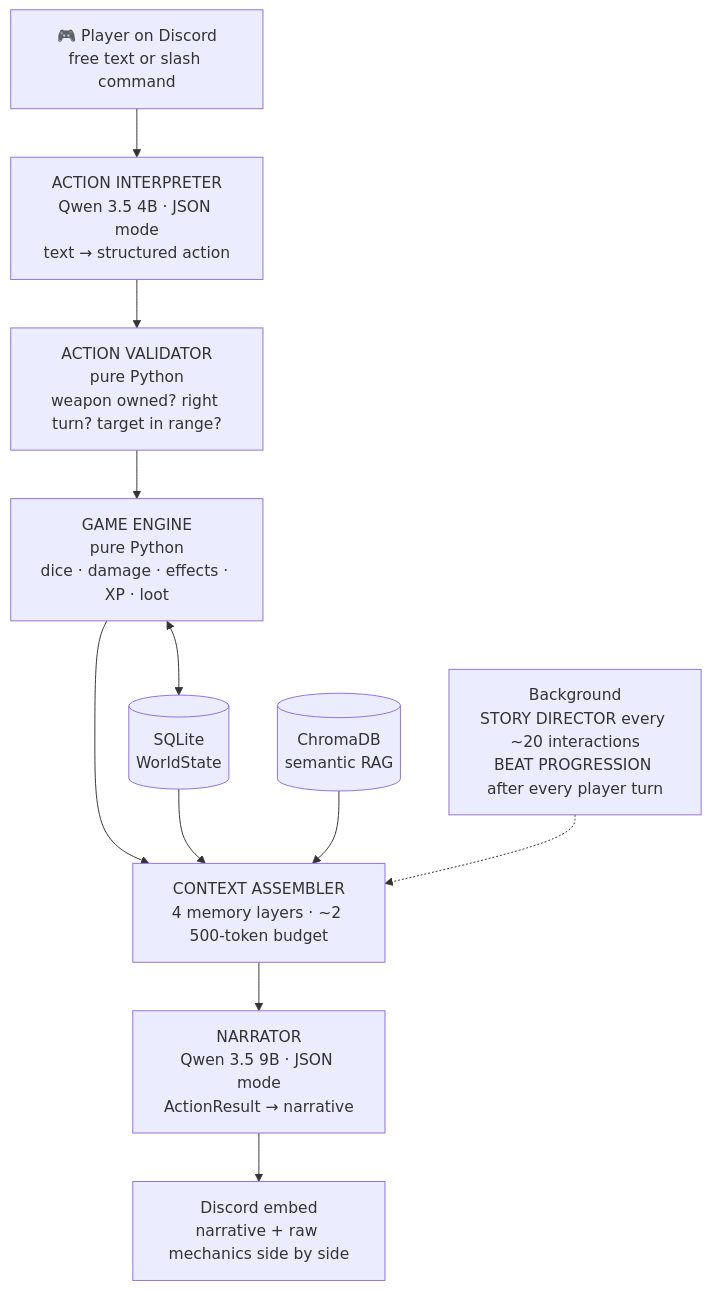
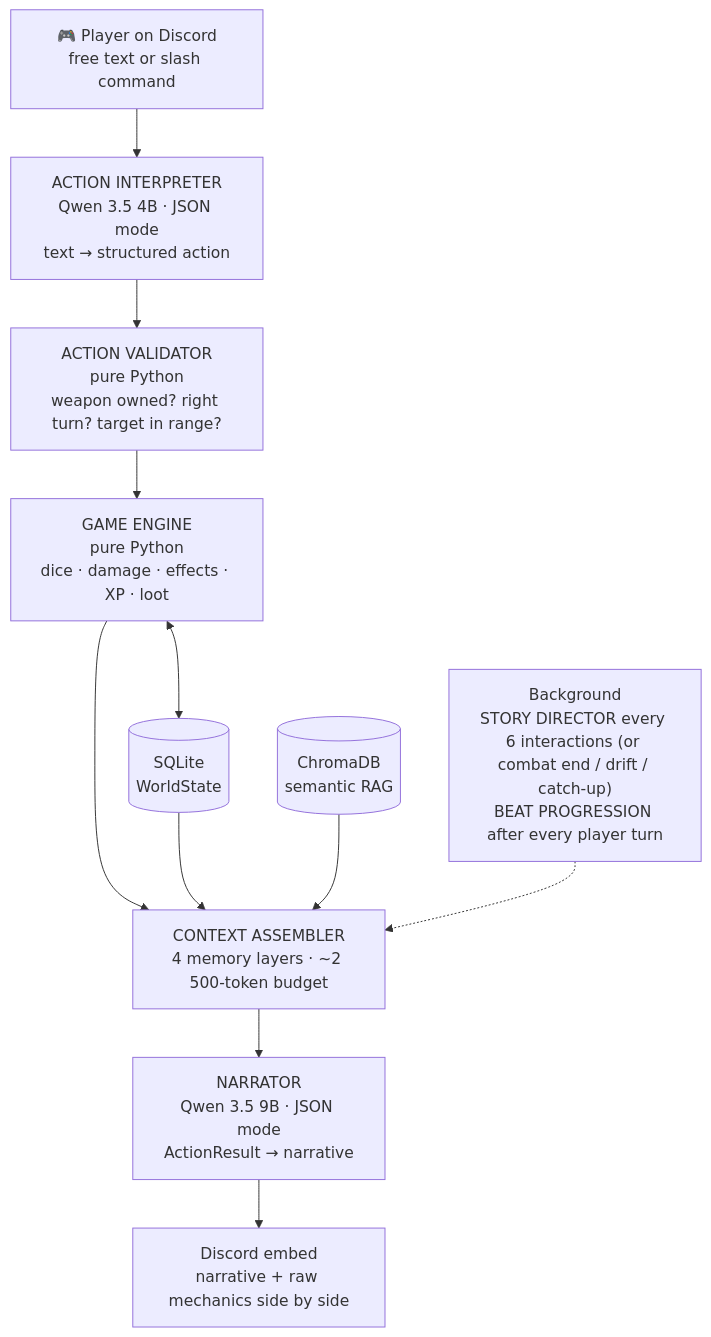
The diagram in README.md (CocoLng/RealmAI-Engine), drawn with Mermaid before and after one commit. The commit also changed other lines of this file and 13 other files, not shown here.

````diff
--- a/README.md
+++ b/README.md
@@ -85,19 +85,19 @@
 ```mermaid
 flowchart TD
     P["🎮 Player on Discord<br/>free text or slash command"]
     INT["ACTION INTERPRETER<br/>Qwen 3.5 4B · JSON mode<br/>text → structured action"]
     VAL["ACTION VALIDATOR<br/>pure Python<br/>weapon owned? right turn? target in range?"]
     ENG["GAME ENGINE<br/>pure Python<br/>dice · damage · effects · XP · loot"]
     CTX["CONTEXT ASSEMBLER<br/>4 memory layers · ~2 500-token budget"]
     NAR["NARRATOR<br/>Qwen 3.5 9B · JSON mode<br/>ActionResult → narrative"]
     OUT["Discord embed<br/>narrative + raw mechanics side by side"]
     SQL[("SQLite<br/>WorldState")]
     RAG[("ChromaDB<br/>semantic RAG")]
-    BG["Background<br/>STORY DIRECTOR every ~20 interactions<br/>BEAT PROGRESSION after every player turn"]
+    BG["Background<br/>STORY DIRECTOR every 6 interactions (or combat end / drift / catch-up)<br/>BEAT PROGRESSION after every player turn"]
 
     P --> INT --> VAL --> ENG --> CTX --> NAR --> OUT
     ENG <--> SQL
     SQL --> CTX
     RAG --> CTX
     BG -.-> CTX
 ```
````
